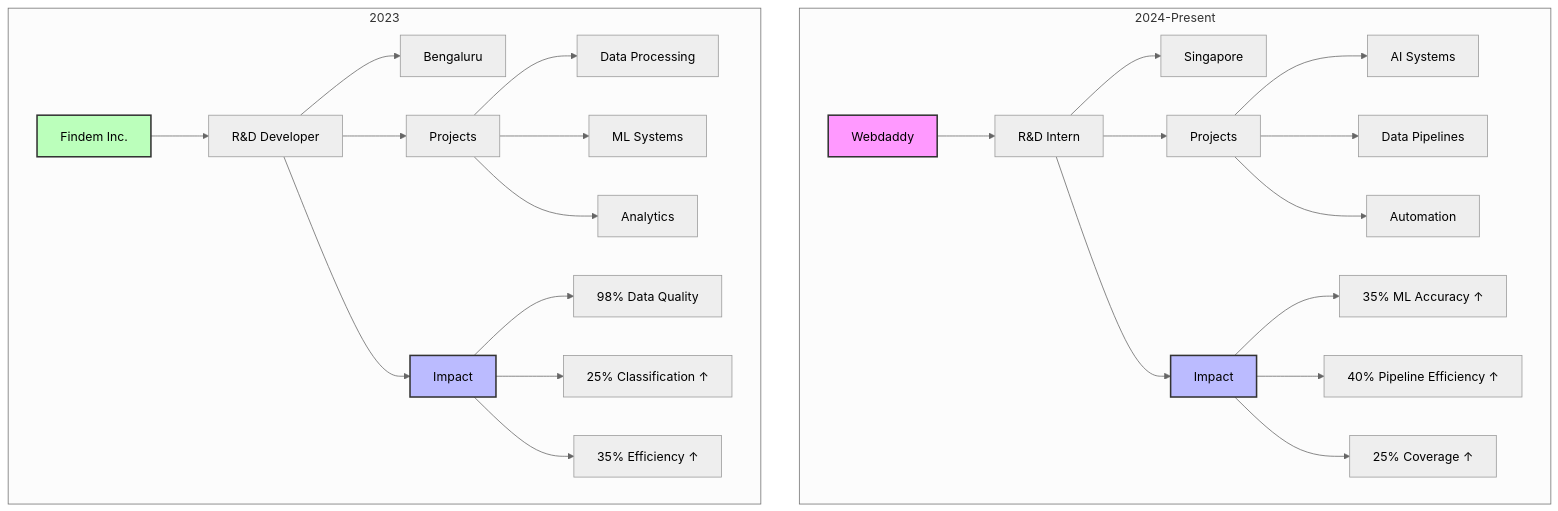
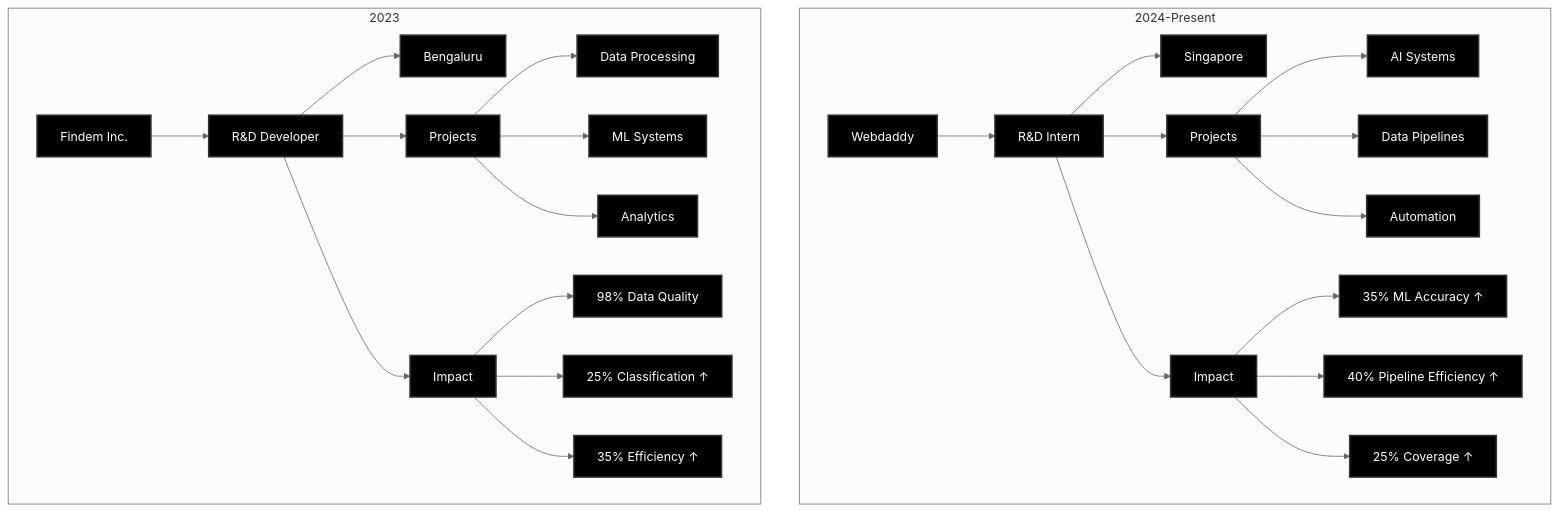
One commit to saisrinivas194/saisrinivas194 changed the fifth of 14 diagrams in README.md. Above: the diagram before and after it, drawn with Mermaid (neutral theme). The commit also changed other lines of this file, not shown here.

````diff
--- a/README.md
+++ b/README.md
@@ -196,34 +191,32 @@
 ```mermaid
 graph TB
-    classDef currentRole fill:#f9f,stroke:#333,stroke-width:2px;
-    classDef pastRole fill:#bfb,stroke:#333,stroke-width:2px;
-    classDef impact fill:#bbf,stroke:#333,stroke-width:2px;
+    classDef default fill:#000000,stroke:#333,stroke-width:2px,color:#ffffff;
 
     subgraph 2024-Present
-    A[Webdaddy]:::currentRole
+    A[Webdaddy]
     A --> B[R&D Intern]
     B --> C[Singapore]
     B --> D[Projects]
     D --> E[AI Systems]
     D --> F[Data Pipelines]
     D --> G[Automation]
-    B --> H[Impact]:::impact
+    B --> H[Impact]
     H --> I[35% ML Accuracy ↑]
     H --> J[40% Pipeline Efficiency ↑]
     H --> K[25% Coverage ↑]
     end
 
     subgraph 2023
-    L[Findem Inc.]:::pastRole
+    L[Findem Inc.]
     L --> M[R&D Developer]
     M --> N[Bengaluru]
     M --> O[Projects]
     O --> P[Data Processing]
     O --> Q[ML Systems]
     O --> R[Analytics]
-    M --> S[Impact]:::impact
+    M --> S[Impact]
     S --> T[98% Data Quality]
     S --> U[25% Classification ↑]
     S --> V[35% Efficiency ↑]
     end
 ```
````
